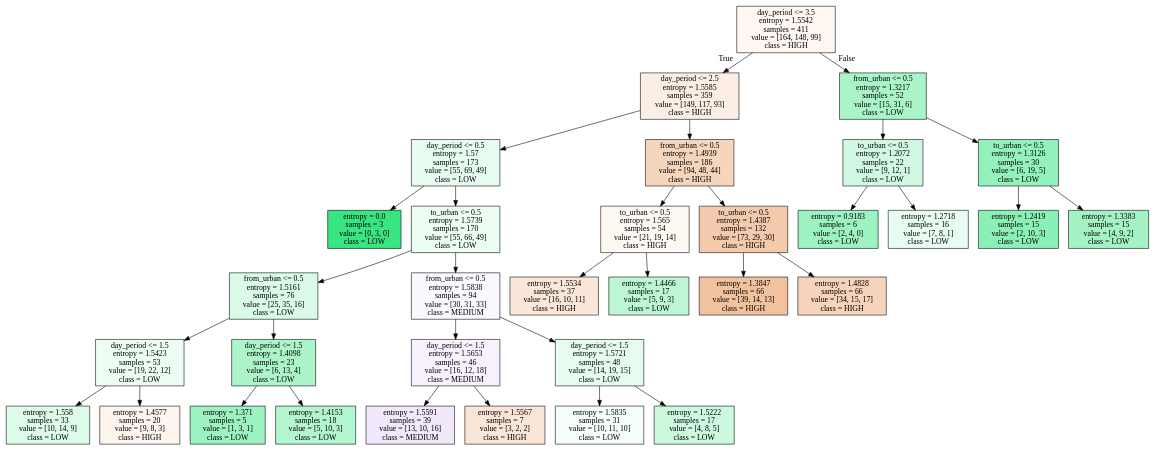
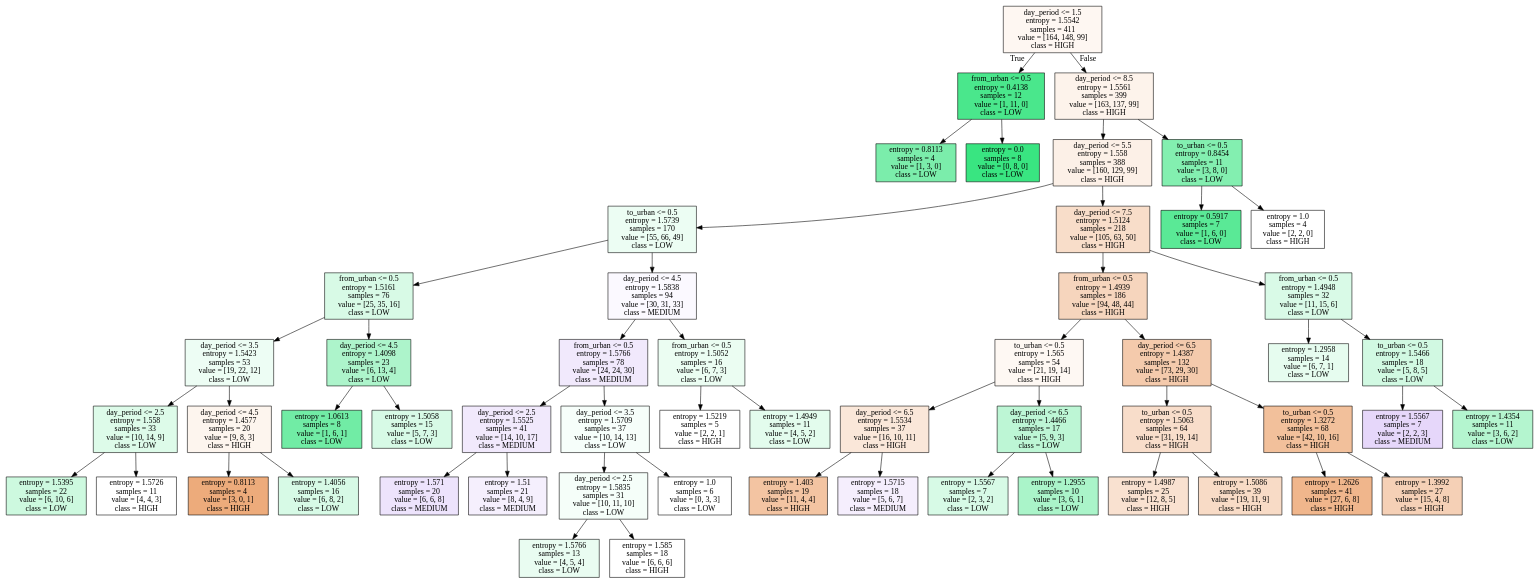
The diagram in FRIDAY_iris.dot (alexdaube/BelgianTrainsOccupancy), drawn with Graphviz before and after one commit. The commit also changed 17 other files, not shown here.

```diff
--- a/FRIDAY_iris.dot
+++ b/FRIDAY_iris.dot
@@ -1,68 +1,112 @@
 digraph Tree {
 node [shape=box, style="filled", color="black"] ;
-0 [label="day_period <= 3.5\nentropy = 1.5542\nsamples = 411\nvalue = [164, 148, 99]\nclass = HIGH", fillcolor="#e5813910"] ;
-1 [label="day_period <= 2.5\nentropy = 1.5585\nsamples = 359\nvalue = [149, 117, 93]\nclass = HIGH", fillcolor="#e5813922"] ;
+0 [label="day_period <= 1.5\nentropy = 1.5542\nsamples = 411\nvalue = [164, 148, 99]\nclass = HIGH", fillcolor="#e5813910"] ;
+1 [label="from_urban <= 0.5\nentropy = 0.4138\nsamples = 12\nvalue = [1, 11, 0]\nclass = LOW", fillcolor="#39e581e8"] ;
 0 -> 1 [labeldistance=2.5, labelangle=45, headlabel="True"] ;
-2 [label="day_period <= 0.5\nentropy = 1.57\nsamples = 173\nvalue = [55, 69, 49]\nclass = LOW", fillcolor="#39e5811e"] ;
+2 [label="entropy = 0.8113\nsamples = 4\nvalue = [1, 3, 0]\nclass = LOW", fillcolor="#39e581aa"] ;
 1 -> 2 ;
-3 [label="entropy = 0.0\nsamples = 3\nvalue = [0, 3, 0]\nclass = LOW", fillcolor="#39e581ff"] ;
-2 -> 3 ;
-4 [label="to_urban <= 0.5\nentropy = 1.5739\nsamples = 170\nvalue = [55, 66, 49]\nclass = LOW", fillcolor="#39e58118"] ;
-2 -> 4 ;
-5 [label="from_urban <= 0.5\nentropy = 1.5161\nsamples = 76\nvalue = [25, 35, 16]\nclass = LOW", fillcolor="#39e58132"] ;
+3 [label="entropy = 0.0\nsamples = 8\nvalue = [0, 8, 0]\nclass = LOW", fillcolor="#39e581ff"] ;
+1 -> 3 ;
+4 [label="day_period <= 8.5\nentropy = 1.5561\nsamples = 399\nvalue = [163, 137, 99]\nclass = HIGH", fillcolor="#e5813919"] ;
+0 -> 4 [labeldistance=2.5, labelangle=-45, headlabel="False"] ;
+5 [label="day_period <= 5.5\nentropy = 1.558\nsamples = 388\nvalue = [160, 129, 99]\nclass = HIGH", fillcolor="#e581391f"] ;
 4 -> 5 ;
-6 [label="day_period <= 1.5\nentropy = 1.5423\nsamples = 53\nvalue = [19, 22, 12]\nclass = LOW", fillcolor="#39e58117"] ;
+6 [label="to_urban <= 0.5\nentropy = 1.5739\nsamples = 170\nvalue = [55, 66, 49]\nclass = LOW", fillcolor="#39e58118"] ;
 5 -> 6 ;
-7 [label="entropy = 1.558\nsamples = 33\nvalue = [10, 14, 9]\nclass = LOW", fillcolor="#39e5812c"] ;
+7 [label="from_urban <= 0.5\nentropy = 1.5161\nsamples = 76\nvalue = [25, 35, 16]\nclass = LOW", fillcolor="#39e58132"] ;
 6 -> 7 ;
-8 [label="entropy = 1.4577\nsamples = 20\nvalue = [9, 8, 3]\nclass = HIGH", fillcolor="#e5813915"] ;
-6 -> 8 ;
-9 [label="day_period <= 1.5\nentropy = 1.4098\nsamples = 23\nvalue = [6, 13, 4]\nclass = LOW", fillcolor="#39e58169"] ;
-5 -> 9 ;
-10 [label="entropy = 1.371\nsamples = 5\nvalue = [1, 3, 1]\nclass = LOW", fillcolor="#39e5817f"] ;
+8 [label="day_period <= 3.5\nentropy = 1.5423\nsamples = 53\nvalue = [19, 22, 12]\nclass = LOW", fillcolor="#39e58117"] ;
+7 -> 8 ;
+9 [label="day_period <= 2.5\nentropy = 1.558\nsamples = 33\nvalue = [10, 14, 9]\nclass = LOW", fillcolor="#39e5812c"] ;
+8 -> 9 ;
+10 [label="entropy = 1.5395\nsamples = 22\nvalue = [6, 10, 6]\nclass = LOW", fillcolor="#39e58140"] ;
 9 -> 10 ;
-11 [label="entropy = 1.4153\nsamples = 18\nvalue = [5, 10, 3]\nclass = LOW", fillcolor="#39e58162"] ;
+11 [label="entropy = 1.5726\nsamples = 11\nvalue = [4, 4, 3]\nclass = HIGH", fillcolor="#e5813900"] ;
 9 -> 11 ;
-12 [label="from_urban <= 0.5\nentropy = 1.5838\nsamples = 94\nvalue = [30, 31, 33]\nclass = MEDIUM", fillcolor="#8139e508"] ;
-4 -> 12 ;
-13 [label="day_period <= 1.5\nentropy = 1.5653\nsamples = 46\nvalue = [16, 12, 18]\nclass = MEDIUM", fillcolor="#8139e511"] ;
+12 [label="day_period <= 4.5\nentropy = 1.4577\nsamples = 20\nvalue = [9, 8, 3]\nclass = HIGH", fillcolor="#e5813915"] ;
+8 -> 12 ;
+13 [label="entropy = 0.8113\nsamples = 4\nvalue = [3, 0, 1]\nclass = HIGH", fillcolor="#e58139aa"] ;
 12 -> 13 ;
-14 [label="entropy = 1.5591\nsamples = 39\nvalue = [13, 10, 16]\nclass = MEDIUM", fillcolor="#8139e51d"] ;
-13 -> 14 ;
-15 [label="entropy = 1.5567\nsamples = 7\nvalue = [3, 2, 2]\nclass = HIGH", fillcolor="#e5813933"] ;
-13 -> 15 ;
-16 [label="day_period <= 1.5\nentropy = 1.5721\nsamples = 48\nvalue = [14, 19, 15]\nclass = LOW", fillcolor="#39e5811f"] ;
-12 -> 16 ;
-17 [label="entropy = 1.5835\nsamples = 31\nvalue = [10, 11, 10]\nclass = LOW", fillcolor="#39e5810c"] ;
-16 -> 17 ;
-18 [label="entropy = 1.5222\nsamples = 17\nvalue = [4, 8, 5]\nclass = LOW", fillcolor="#39e58140"] ;
-16 -> 18 ;
-19 [label="from_urban <= 0.5\nentropy = 1.4939\nsamples = 186\nvalue = [94, 48, 44]\nclass = HIGH", fillcolor="#e5813955"] ;
-1 -> 19 ;
-20 [label="to_urban <= 0.5\nentropy = 1.565\nsamples = 54\nvalue = [21, 19, 14]\nclass = HIGH", fillcolor="#e581390f"] ;
+14 [label="entropy = 1.4056\nsamples = 16\nvalue = [6, 8, 2]\nclass = LOW", fillcolor="#39e58133"] ;
+12 -> 14 ;
+15 [label="day_period <= 4.5\nentropy = 1.4098\nsamples = 23\nvalue = [6, 13, 4]\nclass = LOW", fillcolor="#39e58169"] ;
+7 -> 15 ;
+16 [label="entropy = 1.0613\nsamples = 8\nvalue = [1, 6, 1]\nclass = LOW", fillcolor="#39e581b6"] ;
+15 -> 16 ;
+17 [label="entropy = 1.5058\nsamples = 15\nvalue = [5, 7, 3]\nclass = LOW", fillcolor="#39e58133"] ;
+15 -> 17 ;
+18 [label="day_period <= 4.5\nentropy = 1.5838\nsamples = 94\nvalue = [30, 31, 33]\nclass = MEDIUM", fillcolor="#8139e508"] ;
+6 -> 18 ;
+19 [label="from_urban <= 0.5\nentropy = 1.5766\nsamples = 78\nvalue = [24, 24, 30]\nclass = MEDIUM", fillcolor="#8139e51c"] ;
+18 -> 19 ;
+20 [label="day_period <= 2.5\nentropy = 1.5525\nsamples = 41\nvalue = [14, 10, 17]\nclass = MEDIUM", fillcolor="#8139e51c"] ;
 19 -> 20 ;
-21 [label="entropy = 1.5534\nsamples = 37\nvalue = [16, 10, 11]\nclass = HIGH", fillcolor="#e5813931"] ;
+21 [label="entropy = 1.571\nsamples = 20\nvalue = [6, 6, 8]\nclass = MEDIUM", fillcolor="#8139e524"] ;
 20 -> 21 ;
-22 [label="entropy = 1.4466\nsamples = 17\nvalue = [5, 9, 3]\nclass = LOW", fillcolor="#39e58155"] ;
+22 [label="entropy = 1.51\nsamples = 21\nvalue = [8, 4, 9]\nclass = MEDIUM", fillcolor="#8139e514"] ;
 20 -> 22 ;
-23 [label="to_urban <= 0.5\nentropy = 1.4387\nsamples = 132\nvalue = [73, 29, 30]\nclass = HIGH", fillcolor="#e581396b"] ;
+23 [label="day_period <= 3.5\nentropy = 1.5709\nsamples = 37\nvalue = [10, 14, 13]\nclass = LOW", fillcolor="#39e5810b"] ;
 19 -> 23 ;
-24 [label="entropy = 1.3847\nsamples = 66\nvalue = [39, 14, 13]\nclass = HIGH", fillcolor="#e581397b"] ;
+24 [label="day_period <= 2.5\nentropy = 1.5835\nsamples = 31\nvalue = [10, 11, 10]\nclass = LOW", fillcolor="#39e5810c"] ;
 23 -> 24 ;
-25 [label="entropy = 1.4828\nsamples = 66\nvalue = [34, 15, 17]\nclass = HIGH", fillcolor="#e5813958"] ;
-23 -> 25 ;
-26 [label="from_urban <= 0.5\nentropy = 1.3217\nsamples = 52\nvalue = [15, 31, 6]\nclass = LOW", fillcolor="#39e5816e"] ;
-0 -> 26 [labeldistance=2.5, labelangle=-45, headlabel="False"] ;
-27 [label="to_urban <= 0.5\nentropy = 1.2072\nsamples = 22\nvalue = [9, 12, 1]\nclass = LOW", fillcolor="#39e5813b"] ;
-26 -> 27 ;
-28 [label="entropy = 0.9183\nsamples = 6\nvalue = [2, 4, 0]\nclass = LOW", fillcolor="#39e5817f"] ;
-27 -> 28 ;
-29 [label="entropy = 1.2718\nsamples = 16\nvalue = [7, 8, 1]\nclass = LOW", fillcolor="#39e5811c"] ;
-27 -> 29 ;
-30 [label="to_urban <= 0.5\nentropy = 1.3126\nsamples = 30\nvalue = [6, 19, 5]\nclass = LOW", fillcolor="#39e5818a"] ;
-26 -> 30 ;
-31 [label="entropy = 1.2419\nsamples = 15\nvalue = [2, 10, 3]\nclass = LOW", fillcolor="#39e58195"] ;
-30 -> 31 ;
-32 [label="entropy = 1.3383\nsamples = 15\nvalue = [4, 9, 2]\nclass = LOW", fillcolor="#39e58174"] ;
-30 -> 32 ;
+25 [label="entropy = 1.5766\nsamples = 13\nvalue = [4, 5, 4]\nclass = LOW", fillcolor="#39e5811c"] ;
+24 -> 25 ;
+26 [label="entropy = 1.585\nsamples = 18\nvalue = [6, 6, 6]\nclass = HIGH", fillcolor="#e5813900"] ;
+24 -> 26 ;
+27 [label="entropy = 1.0\nsamples = 6\nvalue = [0, 3, 3]\nclass = LOW", fillcolor="#39e58100"] ;
+23 -> 27 ;
+28 [label="from_urban <= 0.5\nentropy = 1.5052\nsamples = 16\nvalue = [6, 7, 3]\nclass = LOW", fillcolor="#39e5811a"] ;
+18 -> 28 ;
+29 [label="entropy = 1.5219\nsamples = 5\nvalue = [2, 2, 1]\nclass = HIGH", fillcolor="#e5813900"] ;
+28 -> 29 ;
+30 [label="entropy = 1.4949\nsamples = 11\nvalue = [4, 5, 2]\nclass = LOW", fillcolor="#39e58124"] ;
+28 -> 30 ;
+31 [label="day_period <= 7.5\nentropy = 1.5124\nsamples = 218\nvalue = [105, 63, 50]\nclass = HIGH", fillcolor="#e5813945"] ;
+5 -> 31 ;
+32 [label="from_urban <= 0.5\nentropy = 1.4939\nsamples = 186\nvalue = [94, 48, 44]\nclass = HIGH", fillcolor="#e5813955"] ;
+31 -> 32 ;
+33 [label="to_urban <= 0.5\nentropy = 1.565\nsamples = 54\nvalue = [21, 19, 14]\nclass = HIGH", fillcolor="#e581390f"] ;
+32 -> 33 ;
+34 [label="day_period <= 6.5\nentropy = 1.5534\nsamples = 37\nvalue = [16, 10, 11]\nclass = HIGH", fillcolor="#e5813931"] ;
+33 -> 34 ;
+35 [label="entropy = 1.403\nsamples = 19\nvalue = [11, 4, 4]\nclass = HIGH", fillcolor="#e5813977"] ;
+34 -> 35 ;
+36 [label="entropy = 1.5715\nsamples = 18\nvalue = [5, 6, 7]\nclass = MEDIUM", fillcolor="#8139e515"] ;
+34 -> 36 ;
+37 [label="day_period <= 6.5\nentropy = 1.4466\nsamples = 17\nvalue = [5, 9, 3]\nclass = LOW", fillcolor="#39e58155"] ;
+33 -> 37 ;
+38 [label="entropy = 1.5567\nsamples = 7\nvalue = [2, 3, 2]\nclass = LOW", fillcolor="#39e58133"] ;
+37 -> 38 ;
+39 [label="entropy = 1.2955\nsamples = 10\nvalue = [3, 6, 1]\nclass = LOW", fillcolor="#39e5816d"] ;
+37 -> 39 ;
+40 [label="day_period <= 6.5\nentropy = 1.4387\nsamples = 132\nvalue = [73, 29, 30]\nclass = HIGH", fillcolor="#e581396b"] ;
+32 -> 40 ;
+41 [label="to_urban <= 0.5\nentropy = 1.5063\nsamples = 64\nvalue = [31, 19, 14]\nclass = HIGH", fillcolor="#e5813944"] ;
+40 -> 41 ;
+42 [label="entropy = 1.4987\nsamples = 25\nvalue = [12, 8, 5]\nclass = HIGH", fillcolor="#e581393c"] ;
+41 -> 42 ;
+43 [label="entropy = 1.5086\nsamples = 39\nvalue = [19, 11, 9]\nclass = HIGH", fillcolor="#e5813949"] ;
+41 -> 43 ;
+44 [label="to_urban <= 0.5\nentropy = 1.3272\nsamples = 68\nvalue = [42, 10, 16]\nclass = HIGH", fillcolor="#e5813980"] ;
+40 -> 44 ;
+45 [label="entropy = 1.2626\nsamples = 41\nvalue = [27, 6, 8]\nclass = HIGH", fillcolor="#e5813993"] ;
+44 -> 45 ;
+46 [label="entropy = 1.3992\nsamples = 27\nvalue = [15, 4, 8]\nclass = HIGH", fillcolor="#e581395e"] ;
+44 -> 46 ;
+47 [label="from_urban <= 0.5\nentropy = 1.4948\nsamples = 32\nvalue = [11, 15, 6]\nclass = LOW", fillcolor="#39e58131"] ;
+31 -> 47 ;
+48 [label="entropy = 1.2958\nsamples = 14\nvalue = [6, 7, 1]\nclass = LOW", fillcolor="#39e58120"] ;
+47 -> 48 ;
+49 [label="to_urban <= 0.5\nentropy = 1.5466\nsamples = 18\nvalue = [5, 8, 5]\nclass = LOW", fillcolor="#39e5813b"] ;
+47 -> 49 ;
+50 [label="entropy = 1.5567\nsamples = 7\nvalue = [2, 2, 3]\nclass = MEDIUM", fillcolor="#8139e533"] ;
+49 -> 50 ;
+51 [label="entropy = 1.4354\nsamples = 11\nvalue = [3, 6, 2]\nclass = LOW", fillcolor="#39e58160"] ;
+49 -> 51 ;
+52 [label="to_urban <= 0.5\nentropy = 0.8454\nsamples = 11\nvalue = [3, 8, 0]\nclass = LOW", fillcolor="#39e5819f"] ;
+4 -> 52 ;
+53 [label="entropy = 0.5917\nsamples = 7\nvalue = [1, 6, 0]\nclass = LOW", fillcolor="#39e581d4"] ;
+52 -> 53 ;
+54 [label="entropy = 1.0\nsamples = 4\nvalue = [2, 2, 0]\nclass = HIGH", fillcolor="#e5813900"] ;
+52 -> 54 ;
 }
```
